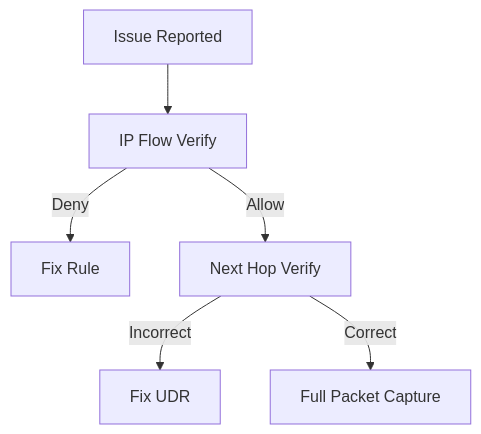
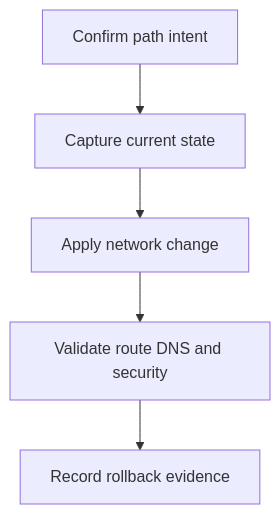
Before and after one commit to yeongseon/azure-networking-practical-guide: the diagram in docs/operations/packet-capture-and-diagnostics.md, drawn with Mermaid. The commit also changed other lines of this file and 80 other files, not shown here.

````diff
--- a/docs/operations/packet-capture-and-diagnostics.md
+++ b/docs/operations/packet-capture-and-diagnostics.md
@@ -30,8 +42,7 @@
 ```mermaid
-graph TD
-    Issue[Issue Reported] --> Flow[IP Flow Verify]
-    Flow -- Deny --> NSG[Fix Rule]
-    Flow -- Allow --> Hop[Next Hop Verify]
-    Hop -- Incorrect --> Route[Fix UDR]
-    Hop -- Correct --> PCAP[Full Packet Capture]
+flowchart TD
+    A[Confirm path intent] --> B[Capture current state]
+    B --> C[Apply network change]
+    C --> D[Validate route DNS and security]
+    D --> E[Record rollback evidence]
 ```
````
